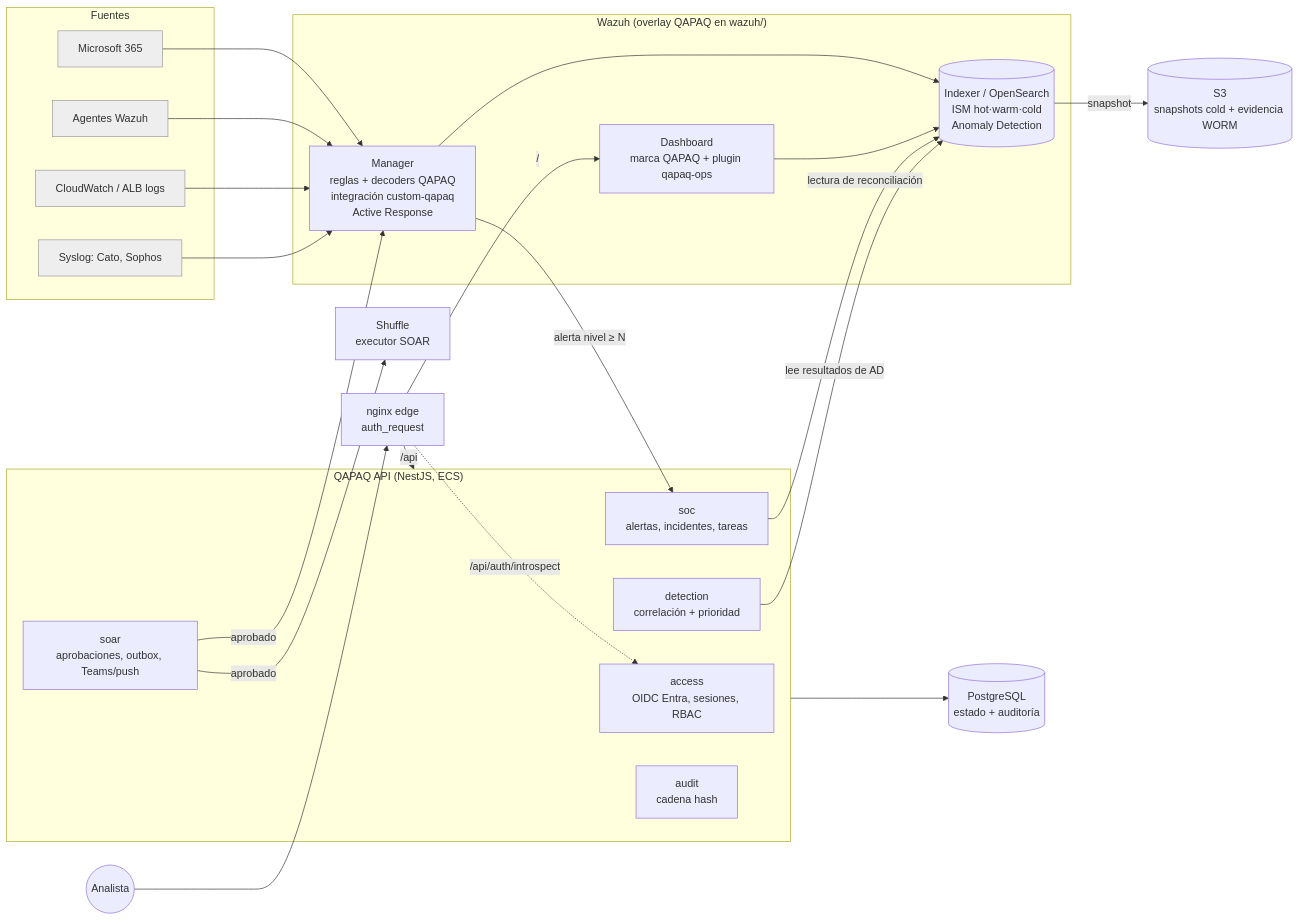
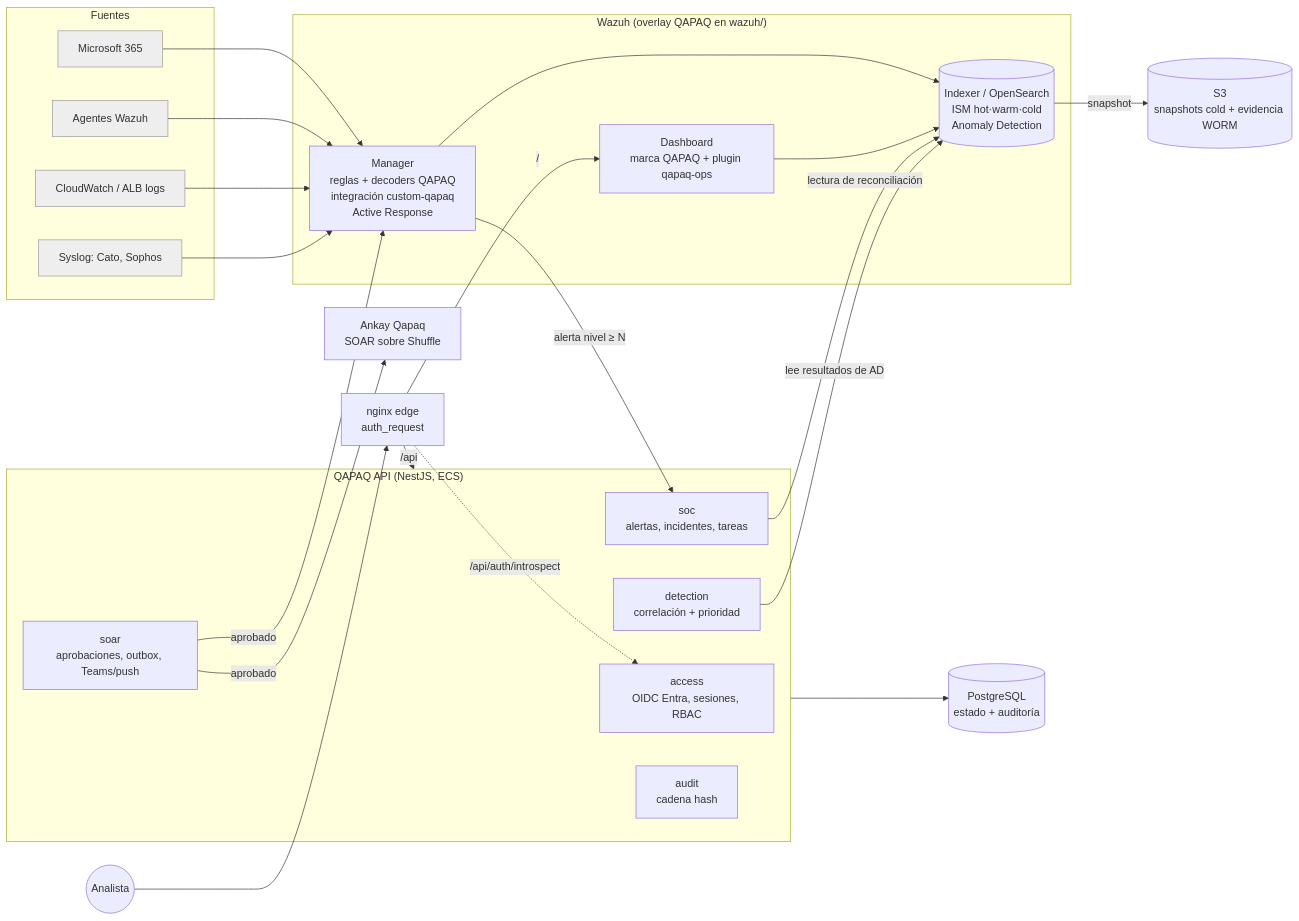
The diagram in docs/02-arquitectura.md (CyberStill-GmbH/qapaq-secops), drawn with Mermaid before and after one commit. The commit also changed other lines of this file and 11 other files, not shown here.

First line of the commit message:
fix(ankay): consistencia de Ankay Qapaq en docs, decisiones y configuración

````diff
--- a/docs/02-arquitectura.md
+++ b/docs/02-arquitectura.md
@@ -8,39 +8,39 @@
 ```mermaid
 flowchart LR
   subgraph Fuentes
     M365[Microsoft 365]:::src
     AG[Agentes Wazuh]:::src
     AWS[CloudWatch / ALB logs]:::src
     SYS[Syslog: Cato, Sophos]:::src
   end
   subgraph Wazuh["Wazuh (overlay QAPAQ en wazuh/)"]
     MGR[Manager<br/>reglas + decoders QAPAQ<br/>integración custom-qapaq<br/>Active Response]
     IDX[(Indexer / OpenSearch<br/>ISM hot·warm·cold<br/>Anomaly Detection)]
     DSB[Dashboard<br/>marca QAPAQ + plugin qapaq-ops]
   end
   subgraph QAPAQ["QAPAQ API (NestJS, ECS)"]
     ACC[access<br/>OIDC Entra, sesiones, RBAC]
     SOC[soc<br/>alertas, incidentes, tareas]
     DET[detection<br/>correlación + prioridad]
     SOAR[soar<br/>aprobaciones, outbox, Teams/push]
     AUD[audit<br/>cadena hash]
   end
   PG[(PostgreSQL<br/>estado + auditoría)]
   S3[(S3<br/>snapshots cold + evidencia WORM)]
-  SH[Shuffle<br/>executor SOAR]
+  SH[Ankay Qapaq<br/>SOAR sobre Shuffle]
   EDGE[nginx edge<br/>auth_request]
   U((Analista)) --> EDGE
   EDGE -->|"/"| DSB
   EDGE -->|"/api"| QAPAQ
   EDGE -.->|"/api/auth/introspect"| ACC
   M365 & AG & AWS & SYS --> MGR --> IDX
   DSB --> IDX
   MGR -->|alerta nivel ≥ N| SOC
   SOC -->|lectura de reconciliación| IDX
   DET -->|lee resultados de AD| IDX
   QAPAQ --> PG
   IDX -->|snapshot| S3
   SOAR -->|aprobado| MGR
   SOAR -->|aprobado| SH
 classDef src fill:#eee,stroke:#999
 ```
````
